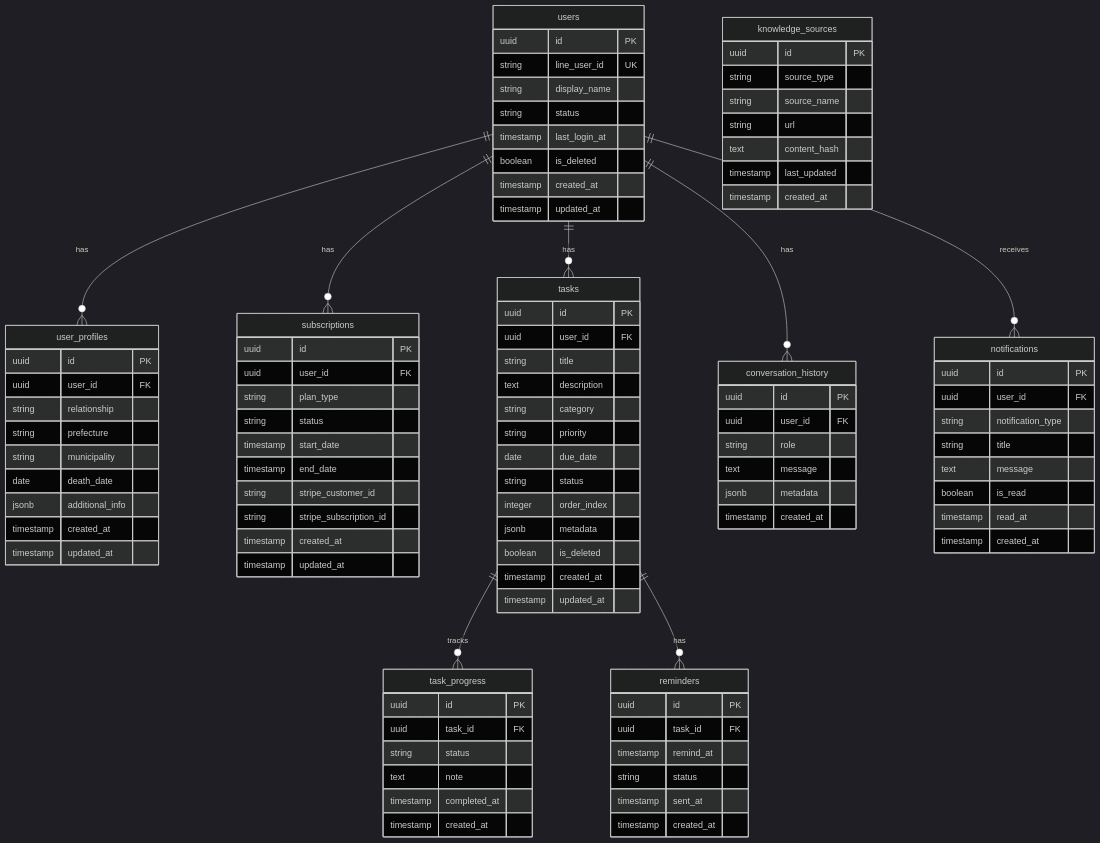
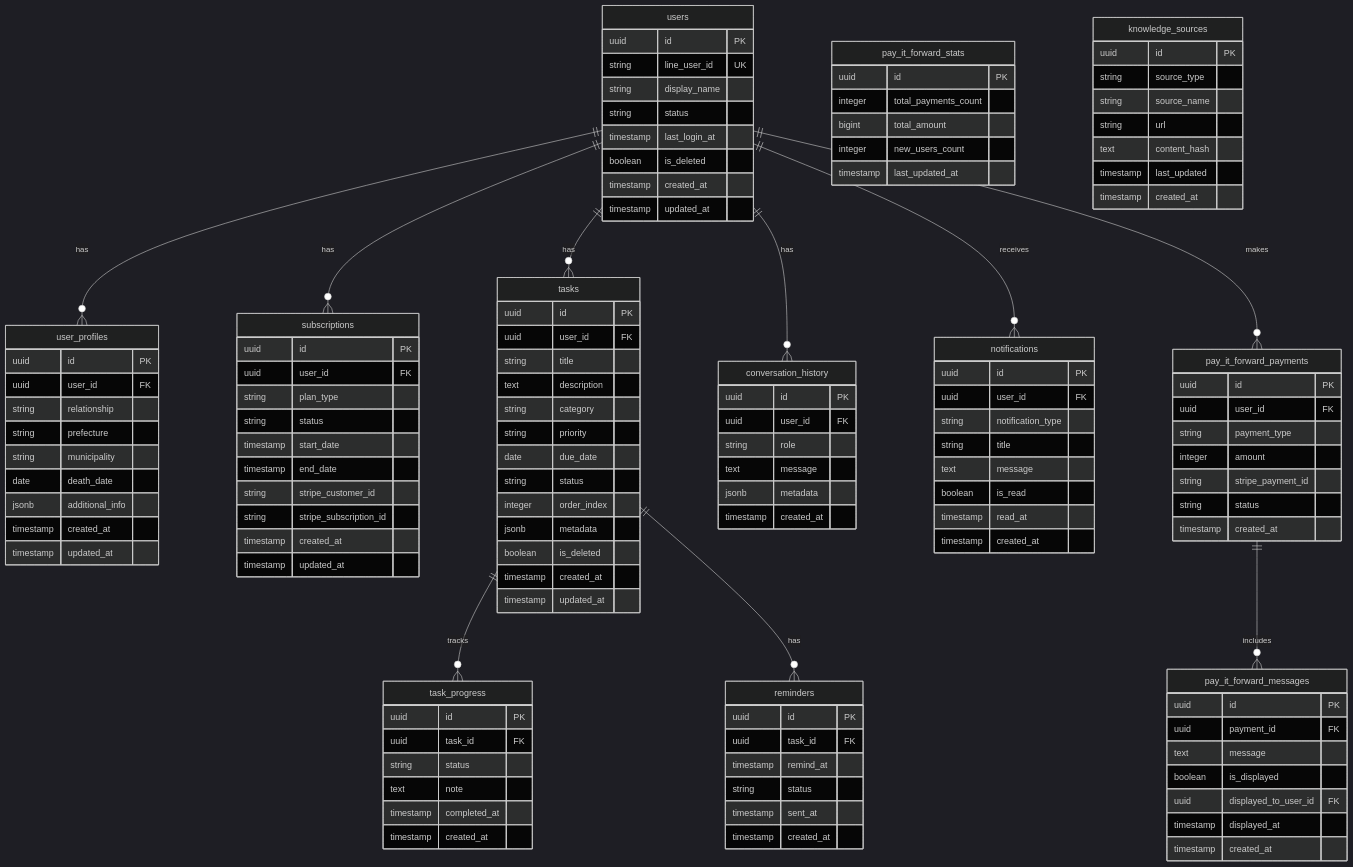
Before and after one commit to koichi1115/uketsuguAI: the diagram in 01_docs/03_データベース設計書.md, drawn with Mermaid (dark theme). The commit also changed other lines of this file, not shown here.

```diff
--- a/01_docs/03_データベース設計書.md
+++ b/01_docs/03_データベース設計書.md
@@ -26,8 +26,10 @@
     users ||--o{ tasks : "has"
     users ||--o{ conversation_history : "has"
     users ||--o{ notifications : "receives"
+    users ||--o{ pay_it_forward_payments : "makes"
     tasks ||--o{ task_progress : "tracks"
     tasks ||--o{ reminders : "has"
+    pay_it_forward_payments ||--o{ pay_it_forward_messages : "includes"
 
     users {
         uuid id PK
@@ -38,6 +40,34 @@
         boolean is_deleted
         timestamp created_at
         timestamp updated_at
+    }
+
+    pay_it_forward_payments {
+        uuid id PK
+        uuid user_id FK
+        string payment_type
+        integer amount
+        string stripe_payment_id
+        string status
+        timestamp created_at
+    }
+
+    pay_it_forward_messages {
+        uuid id PK
+        uuid payment_id FK
+        text message
+        boolean is_displayed
+        uuid displayed_to_user_id FK
+        timestamp displayed_at
+        timestamp created_at
+    }
+
+    pay_it_forward_stats {
+        uuid id PK
+        integer total_payments_count
+        bigint total_amount
+        integer new_users_count
+        timestamp last_updated_at
     }
 
     user_profiles {
```
